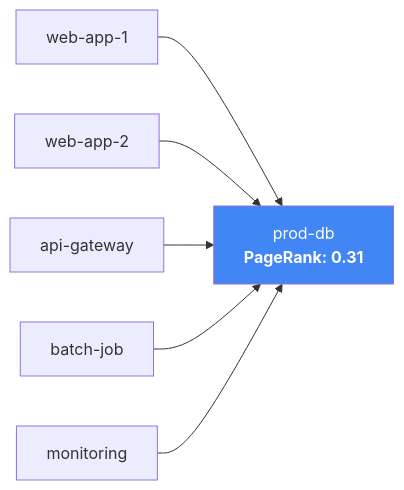
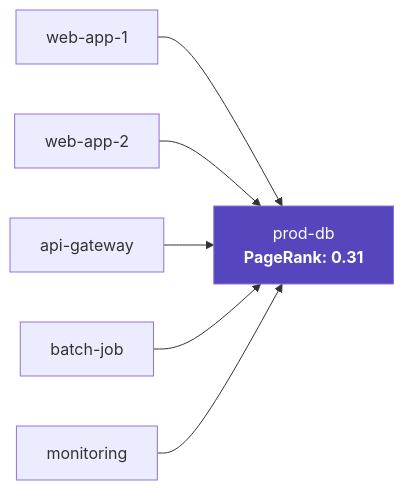
Before and after one commit to seerflow/seerflow-guide: the second of 6 diagrams in docs/entity-graph/algorithms.md, drawn with Mermaid. The commit also changed other lines of this file and 9 other files, not shown here.

First line of the commit message:
fix(brand): recolor mermaid diagrams to brand palette

````diff
--- a/docs/entity-graph/algorithms.md
+++ b/docs/entity-graph/algorithms.md
@@ -54,9 +54,9 @@
 ```mermaid
 graph LR
     A[web-app-1] --> D[prod-db<br/><b>PageRank: 0.31</b>]
     B[web-app-2] --> D
     C[api-gateway] --> D
     E[batch-job] --> D
     F[monitoring] --> D
-    style D fill:#4285f4,color:#fff
+    style D fill:#5546bd,color:#fff
 ```
````
